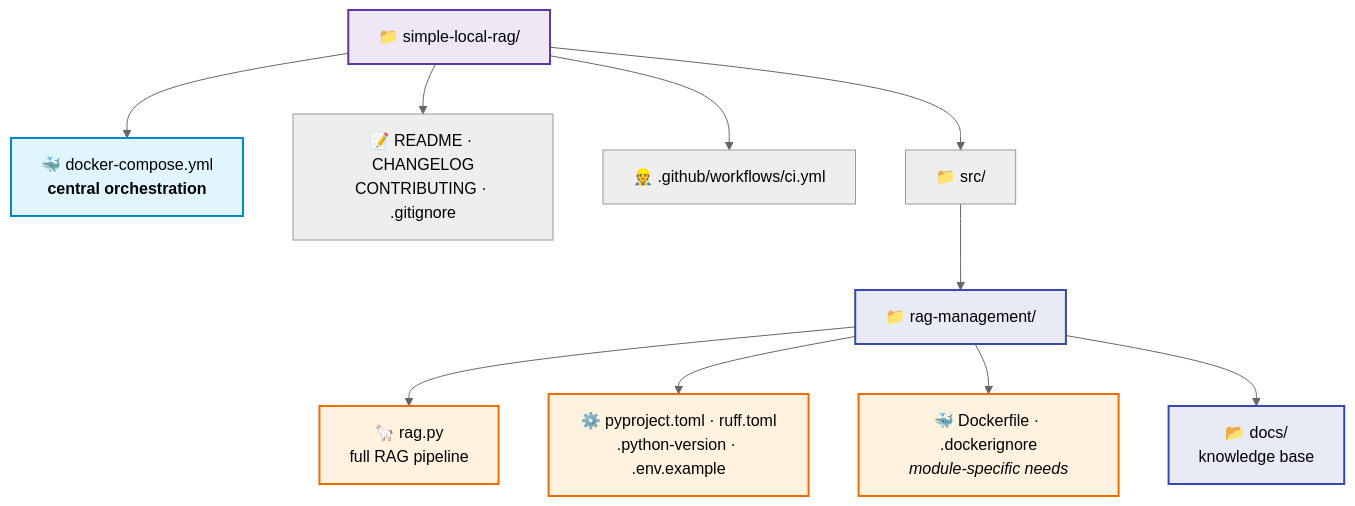
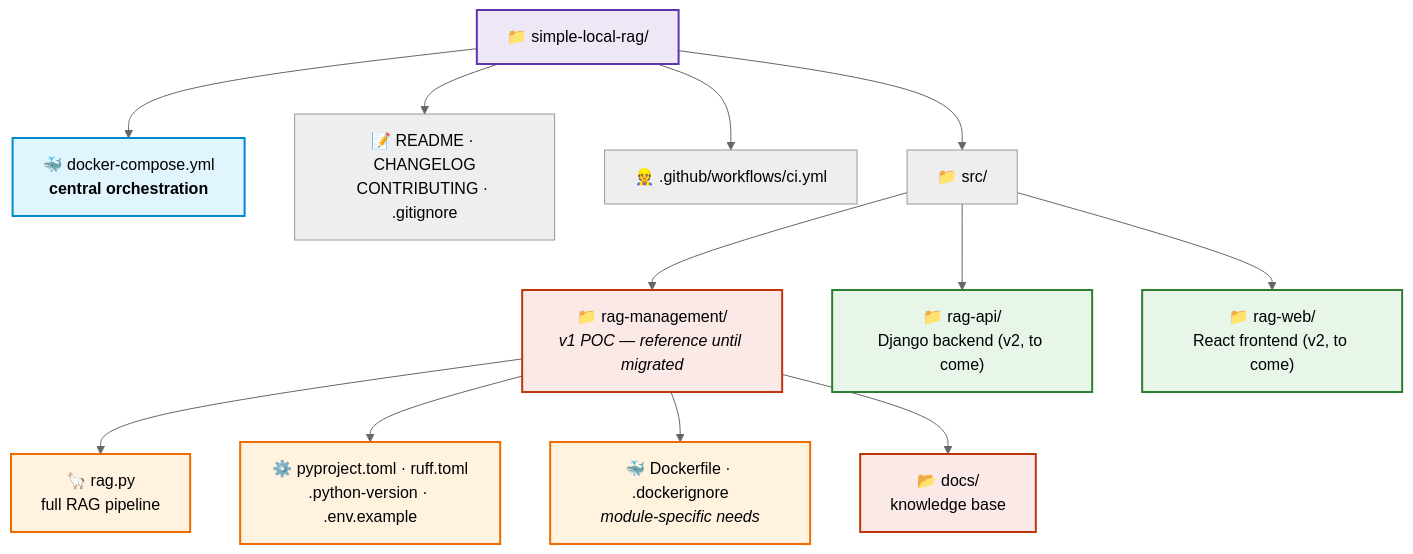
The third of 3 diagrams in README.md (farinaleo/simple-local-rag), drawn with Mermaid (neutral theme) before and after one commit. The commit also changed other lines of this file and 3 other files, not shown here.

First line of the commit message:
📦(config) scaffold v2 src/rag-api and src/rag-web directories (#23)

````diff
--- a/README.md
+++ b/README.md
@@ -123,21 +123,26 @@
 ```mermaid
 flowchart TD
     ROOT["📁 simple-local-rag/"] --> ORCH["🐳 docker-compose.yml<br/><b>central orchestration</b>"]
     ROOT --> META["📝 README · CHANGELOG<br/>CONTRIBUTING · .gitignore"]
     ROOT --> CI["👷 .github/workflows/ci.yml"]
     ROOT --> SRC["📁 src/"]
-    SRC --> RM["📁 rag-management/"]
+    SRC --> RM["📁 rag-management/<br/><i>v1 POC — reference until migrated</i>"]
     RM --> CORE["🦙 rag.py<br/>full RAG pipeline"]
     RM --> UVCFG["⚙️ pyproject.toml · ruff.toml<br/>.python-version · .env.example"]
     RM --> DOCKER["🐳 Dockerfile · .dockerignore<br/><i>module-specific needs</i>"]
     RM --> DATA["📂 docs/<br/>knowledge base"]
+    SRC --> API["📁 rag-api/<br/>Django backend (v2, to come)"]
+    SRC --> WEB["📁 rag-web/<br/>React frontend (v2, to come)"]
 
     classDef root fill:#ede7f6,stroke:#5e35b1,stroke-width:2px
     classDef orch fill:#e1f5fe,stroke:#0288d1,stroke-width:2px
     classDef pkg fill:#e8eaf6,stroke:#3949ab,stroke-width:2px
     classDef core fill:#fff3e0,stroke:#ef6c00,stroke-width:2px
+    classDef future fill:#e8f5e9,stroke:#2e7d32,stroke-width:2px
+    classDef legacy fill:#fbe9e7,stroke:#bf360c,stroke-width:2px
     class ROOT root
     class ORCH orch
-    class RM,DATA pkg
+    class RM,DATA legacy
     class CORE,DOCKER,UVCFG core
+    class API,WEB future
 ```
````
